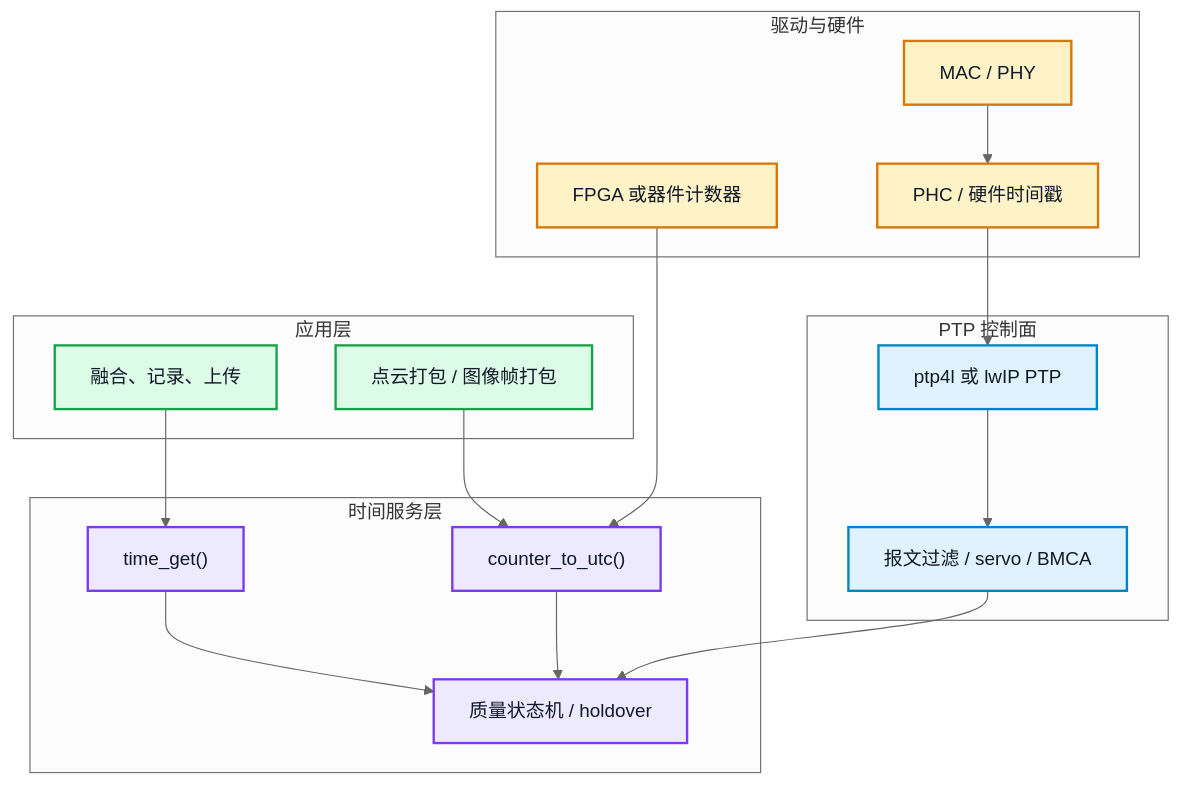
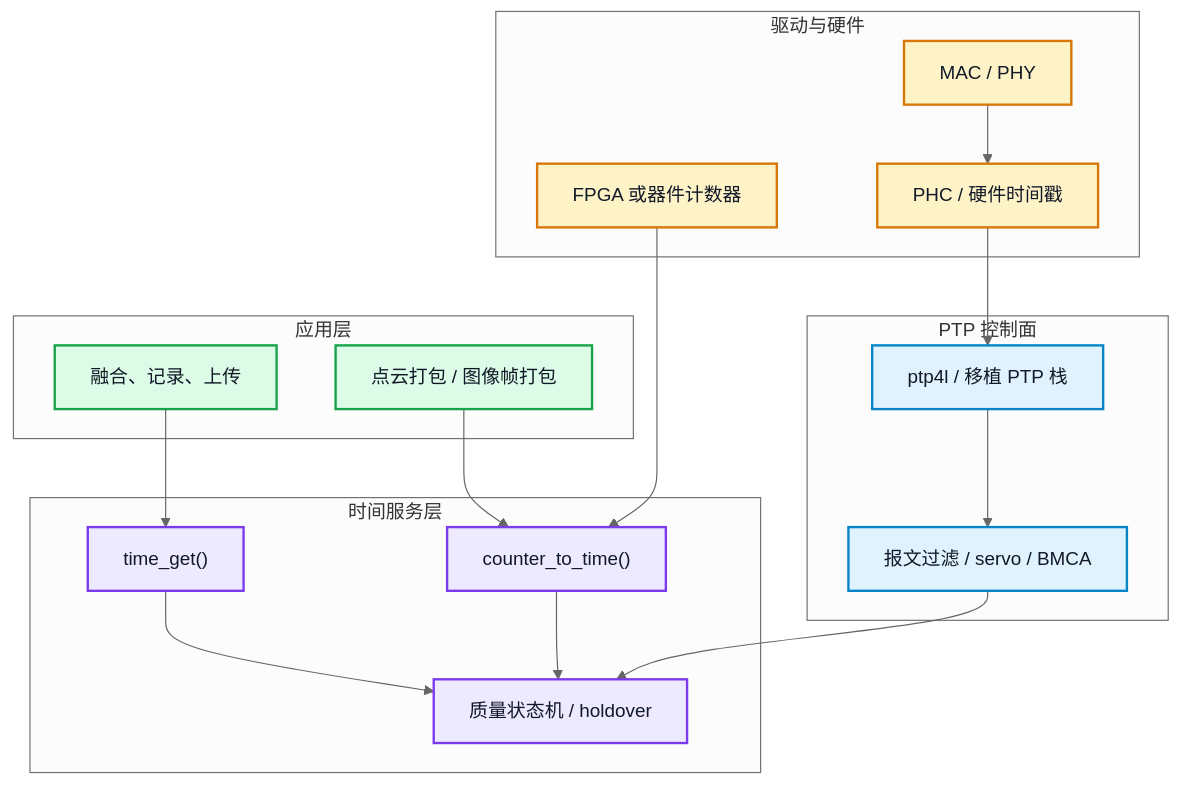
Before and after one commit to DeguiLiu/tech-notes: the first of 5 diagrams in content/posts/architecture/ptp_network_module_design.md, drawn with Mermaid (neutral theme). The commit also changed other lines of this file, not shown here.

Commit message:
story-docs(blog): tighten PTP module design after adversarial review

````diff
--- a/content/posts/architecture/ptp_network_module_design.md
+++ b/content/posts/architecture/ptp_network_module_design.md
@@ -92,38 +93,38 @@
 ```mermaid
 flowchart TB
     subgraph APP["应用层"]
         A1["点云打包 / 图像帧打包"]
         A2["融合、记录、上传"]
     end
     subgraph TS["时间服务层"]
         T1["time_get()"]
-        T2["counter_to_utc()"]
+        T2["counter_to_time()"]
         T3["质量状态机 / holdover"]
     end
     subgraph PTP["PTP 控制面"]
-        P1["ptp4l 或 lwIP PTP"]
+        P1["ptp4l / 移植 PTP 栈"]
         P2["报文过滤 / servo / BMCA"]
     end
     subgraph DRV["驱动与硬件"]
         D1["PHC / 硬件时间戳"]
         D2["MAC / PHY"]
         D3["FPGA 或器件计数器"]
     end
     A1 --> T2
     A2 --> T1
     T1 --> T3
     T2 --> T3
     P1 --> P2
     P2 --> T3
     D1 --> P1
     D2 --> D1
     D3 --> T2
     classDef app fill:#dcfce7,stroke:#16a34a,stroke-width:2px,color:#111827
     classDef time fill:#ede9fe,stroke:#7c3aed,stroke-width:2px,color:#111827
     classDef ptp fill:#e0f2fe,stroke:#0284c7,stroke-width:2px,color:#111827
     classDef hw fill:#fef3c7,stroke:#d97706,stroke-width:2px,color:#111827
     class A1,A2 app
     class T1,T2,T3 time
     class P1,P2 ptp
     class D1,D2,D3 hw
 ```
````
